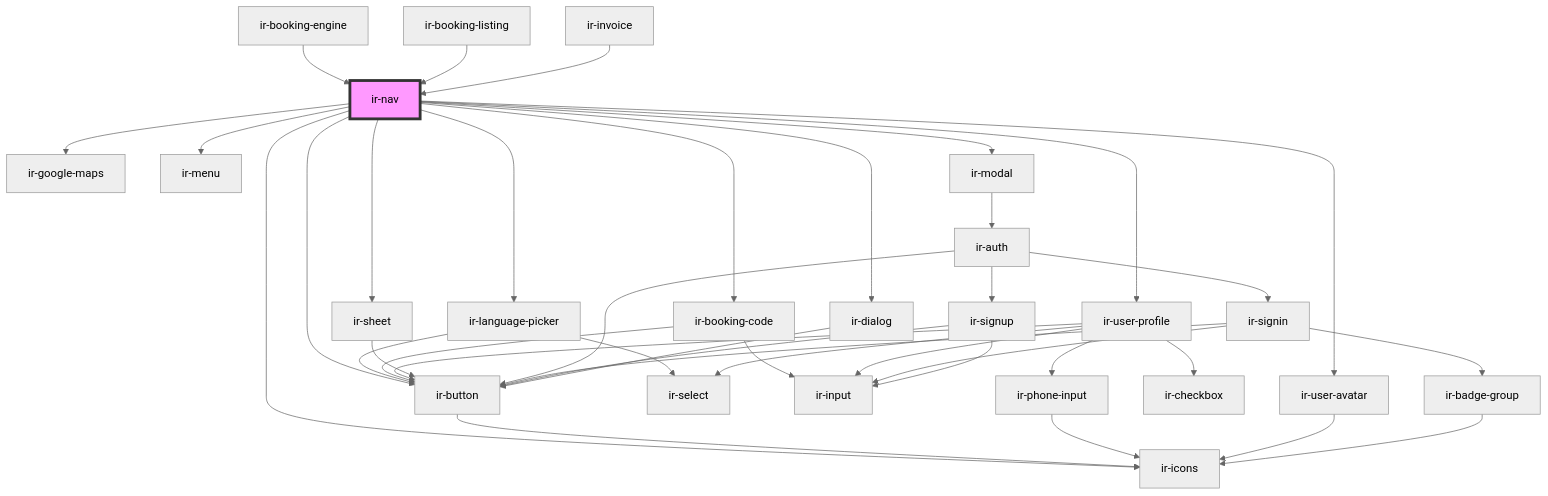
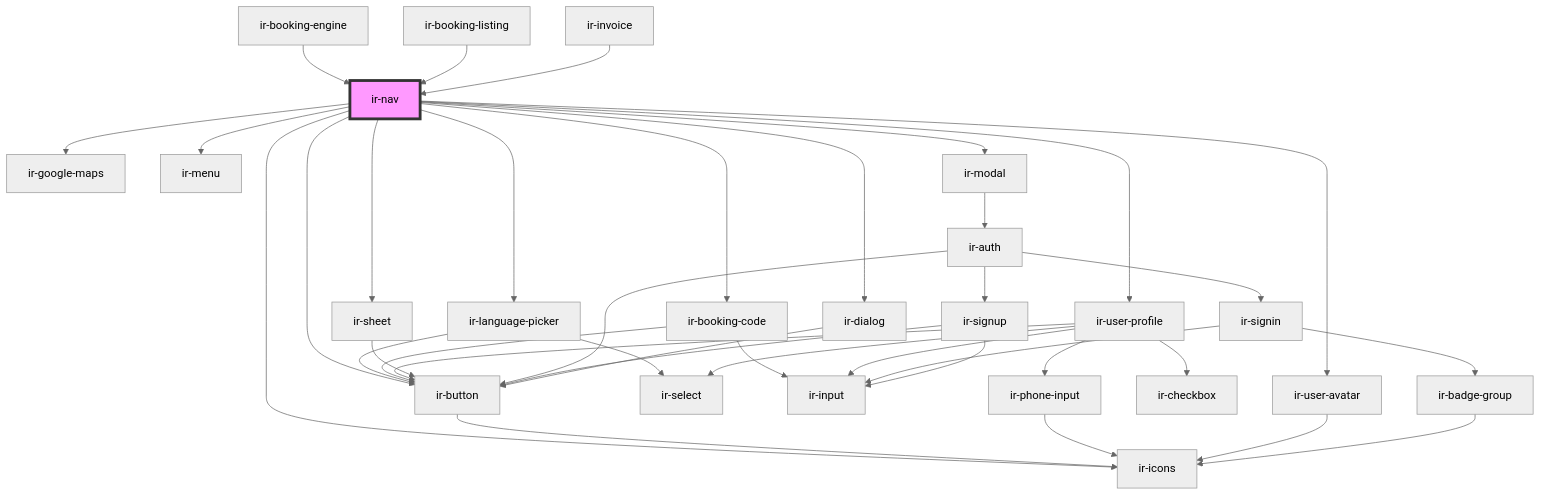
One commit to RonyRizk/ir-be changed the diagram in src/components/ir-booking-engine/ir-nav/readme.md. Above: the diagram before and after it, drawn with Mermaid (neutral theme). The commit also changed other lines of this file and 52 other files, not shown here.

````diff
--- a/src/components/ir-booking-engine/ir-nav/readme.md
+++ b/src/components/ir-booking-engine/ir-nav/readme.md
@@ -51,42 +52,41 @@
 ```mermaid
 graph TD;
   ir-nav --> ir-language-picker
   ir-nav --> ir-booking-code
   ir-nav --> ir-google-maps
   ir-nav --> ir-user-profile
   ir-nav --> ir-button
   ir-nav --> ir-menu
   ir-nav --> ir-user-avatar
   ir-nav --> ir-icons
   ir-nav --> ir-sheet
   ir-nav --> ir-modal
   ir-nav --> ir-dialog
   ir-language-picker --> ir-select
   ir-language-picker --> ir-button
   ir-button --> ir-icons
   ir-booking-code --> ir-input
   ir-booking-code --> ir-button
   ir-user-profile --> ir-input
   ir-user-profile --> ir-select
   ir-user-profile --> ir-phone-input
   ir-user-profile --> ir-checkbox
   ir-user-profile --> ir-button
   ir-phone-input --> ir-icons
   ir-user-avatar --> ir-icons
   ir-sheet --> ir-button
   ir-modal --> ir-auth
   ir-auth --> ir-signin
   ir-auth --> ir-signup
   ir-auth --> ir-button
   ir-signin --> ir-badge-group
   ir-signin --> ir-input
-  ir-signin --> ir-button
   ir-badge-group --> ir-icons
   ir-signup --> ir-input
   ir-signup --> ir-button
   ir-dialog --> ir-button
   ir-booking-engine --> ir-nav
   ir-booking-listing --> ir-nav
   ir-invoice --> ir-nav
   style ir-nav fill:#f9f,stroke:#333,stroke-width:4px
 ```
````
